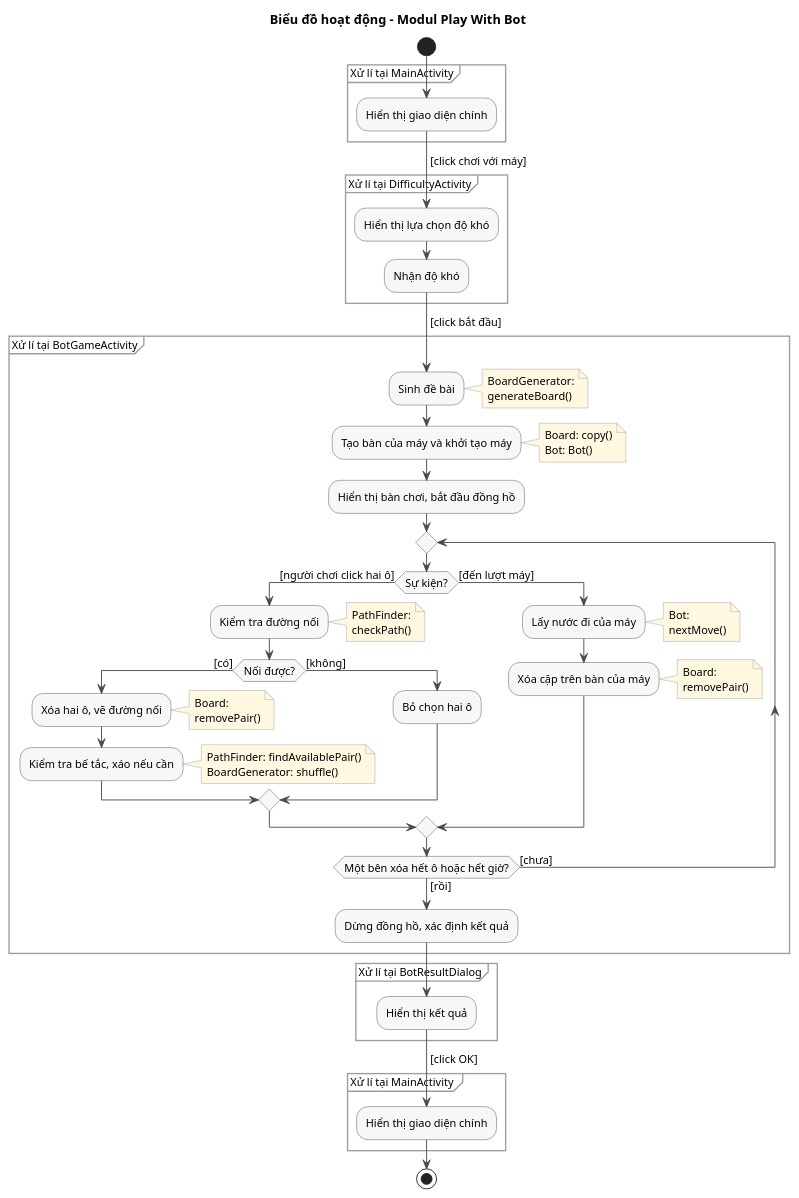
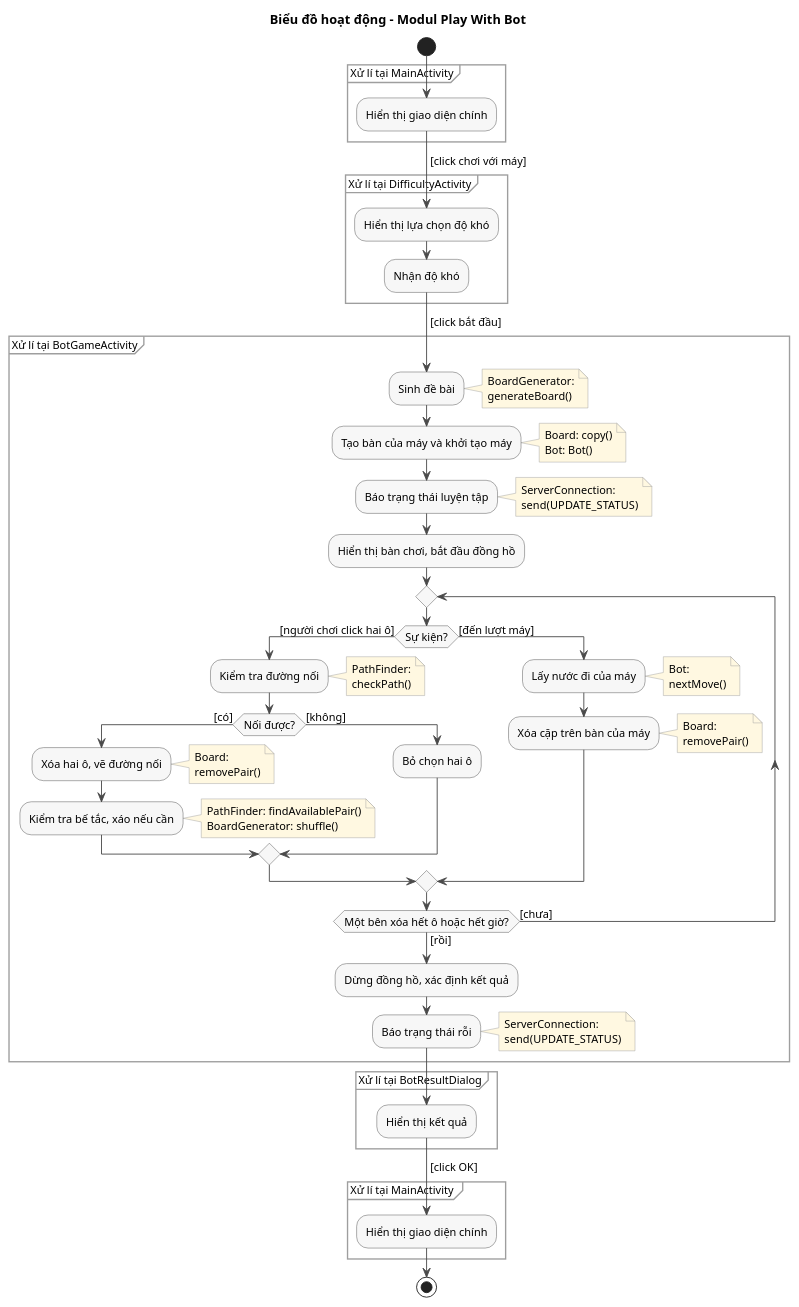
The diagram in docs/uml/pha3/activity-m2.puml (VattenL/mobile-pikachu), drawn with PlantUML before and after one commit. The commit also changed 23 other files, not shown here.

```diff
--- a/docs/uml/pha3/activity-m2.puml
+++ b/docs/uml/pha3/activity-m2.puml
@@ -1,64 +1,68 @@
 @startuml activity-m2
 title Biểu đồ hoạt động - Modul Play With Bot
 
 skinparam shadowing false
 skinparam defaultFontSize 12
 skinparam ArrowColor #4A4A4A
 skinparam activity {
   BackgroundColor #F7F7F7
   BorderColor #4A4A4A
 }
 skinparam partition {
   BorderColor #9E9E9E
 }
 skinparam note {
   BackgroundColor #FFF8E1
   BorderColor #9E9E9E
 }
 
 start
 partition "Xử lí tại MainActivity" {
   :Hiển thị giao diện chính;
 }
 ->[click chơi với máy];
 partition "Xử lí tại DifficultyActivity" {
   :Hiển thị lựa chọn độ khó;
   :Nhận độ khó;
 }
 ->[click bắt đầu];
 partition "Xử lí tại BotGameActivity" {
   :Sinh đề bài;
   note right: BoardGenerator:\ngenerateBoard()
   :Tạo bàn của máy và khởi tạo máy;
   note right: Board: copy()\nBot: Bot()
+  :Báo trạng thái luyện tập;
+  note right: ServerConnection:\nsend(UPDATE_STATUS)
   :Hiển thị bàn chơi, bắt đầu đồng hồ;
   repeat
     if (Sự kiện?) then ([người chơi click hai ô])
       :Kiểm tra đường nối;
       note right: PathFinder:\ncheckPath()
       if (Nối được?) then ([có])
         :Xóa hai ô, vẽ đường nối;
         note right: Board:\nremovePair()
         :Kiểm tra bế tắc, xáo nếu cần;
         note right: PathFinder: findAvailablePair()\nBoardGenerator: shuffle()
       else ([không])
         :Bỏ chọn hai ô;
       endif
     else ([đến lượt máy])
       :Lấy nước đi của máy;
       note right: Bot:\nnextMove()
       :Xóa cặp trên bàn của máy;
       note right: Board:\nremovePair()
     endif
   repeat while (Một bên xóa hết ô hoặc hết giờ?) is ([chưa]) not ([rồi])
   :Dừng đồng hồ, xác định kết quả;
+  :Báo trạng thái rỗi;
+  note right: ServerConnection:\nsend(UPDATE_STATUS)
 }
 partition "Xử lí tại BotResultDialog" {
   :Hiển thị kết quả;
 }
 ->[click OK];
 partition "Xử lí tại MainActivity " {
   :Hiển thị giao diện chính;
 }
 stop
 @enduml
```
